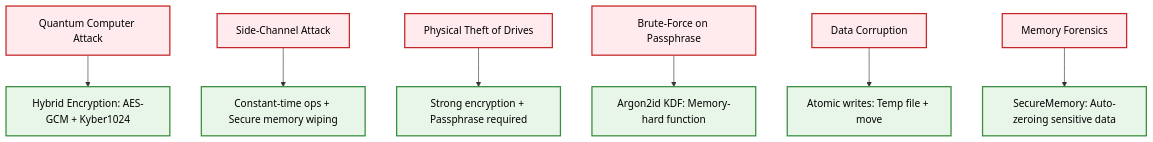
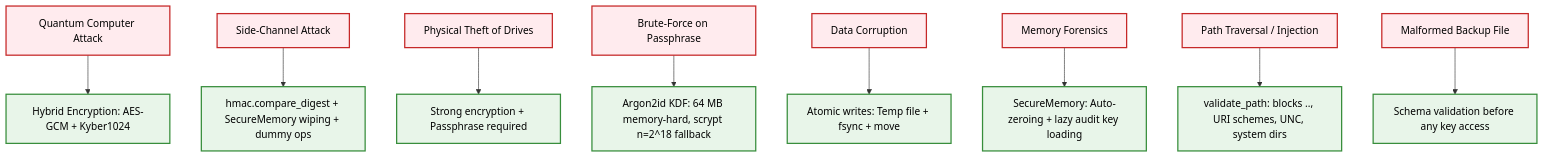
One commit to Johnsonajibi/PostQuantum-DualUSB-Token-Library changed diagram 13 of 13 in README.md. Above: the diagram before and after it, drawn with Mermaid. The commit also changed other lines of this file and 17 other files, not shown here.

````diff
--- a/README.md
+++ b/README.md
@@ -649,23 +718,29 @@
 ```mermaid
 graph TB
     T1[Quantum Computer Attack] --> M1[Hybrid Encryption: AES-GCM + Kyber1024]
-    T2[Side-Channel Attack] --> M2[Constant-time ops + Secure memory wiping]
+    T2[Side-Channel Attack] --> M2[hmac.compare_digest + SecureMemory wiping + dummy ops]
     T3[Physical Theft of Drives] --> M3[Strong encryption + Passphrase required]
-    T4[Brute-Force on Passphrase] --> M4[Argon2id KDF: Memory-hard function]
-    T5[Data Corruption] --> M5[Atomic writes: Temp file + move]
-    T6[Memory Forensics] --> M6[SecureMemory: Auto-zeroing sensitive data]
-    
+    T4[Brute-Force on Passphrase] --> M4[Argon2id KDF: 64 MB memory-hard, scrypt n=2^18 fallback]
+    T5[Data Corruption] --> M5[Atomic writes: Temp file + fsync + move]
+    T6[Memory Forensics] --> M6[SecureMemory: Auto-zeroing + lazy audit key loading]
+    T7[Path Traversal / Injection] --> M7[validate_path: blocks .., URI schemes, UNC, system dirs]
+    T8[Malformed Backup File] --> M8[Schema validation before any key access]
+
     style M1 fill:#e8f5e9,stroke:#388e3c,stroke-width:2px,color:#000
     style M2 fill:#e8f5e9,stroke:#388e3c,stroke-width:2px,color:#000
     style M3 fill:#e8f5e9,stroke:#388e3c,stroke-width:2px,color:#000
     style M4 fill:#e8f5e9,stroke:#388e3c,stroke-width:2px,color:#000
     style M5 fill:#e8f5e9,stroke:#388e3c,stroke-width:2px,color:#000
     style M6 fill:#e8f5e9,stroke:#388e3c,stroke-width:2px,color:#000
-    
+    style M7 fill:#e8f5e9,stroke:#388e3c,stroke-width:2px,color:#000
+    style M8 fill:#e8f5e9,stroke:#388e3c,stroke-width:2px,color:#000
+
     style T1 fill:#ffebee,stroke:#c62828,stroke-width:2px,color:#000
     style T2 fill:#ffebee,stroke:#c62828,stroke-width:2px,color:#000
     style T3 fill:#ffebee,stroke:#c62828,stroke-width:2px,color:#000
     style T4 fill:#ffebee,stroke:#c62828,stroke-width:2px,color:#000
     style T5 fill:#ffebee,stroke:#c62828,stroke-width:2px,color:#000
     style T6 fill:#ffebee,stroke:#c62828,stroke-width:2px,color:#000
+    style T7 fill:#ffebee,stroke:#c62828,stroke-width:2px,color:#000
+    style T8 fill:#ffebee,stroke:#c62828,stroke-width:2px,color:#000
 ```
````
